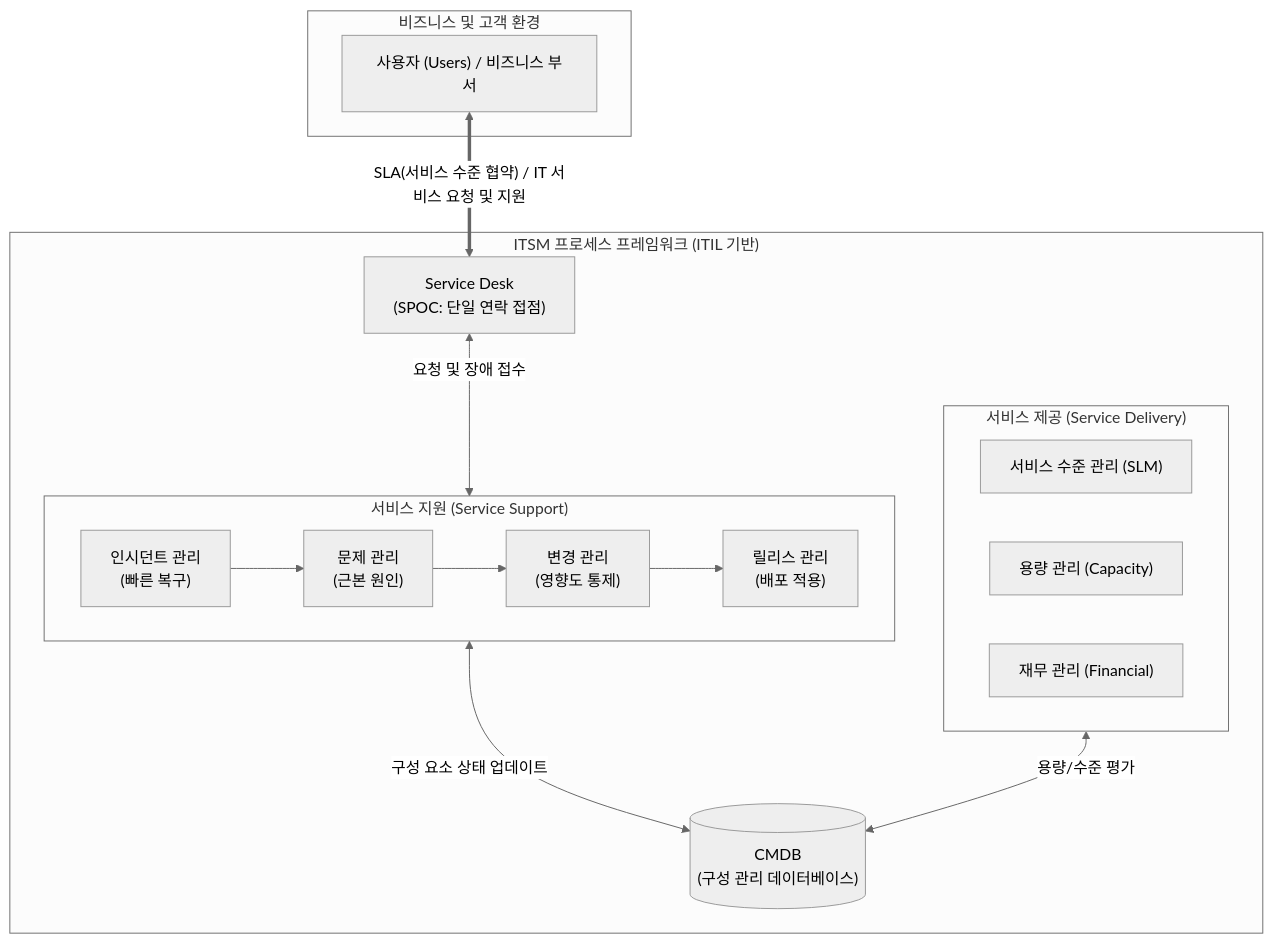
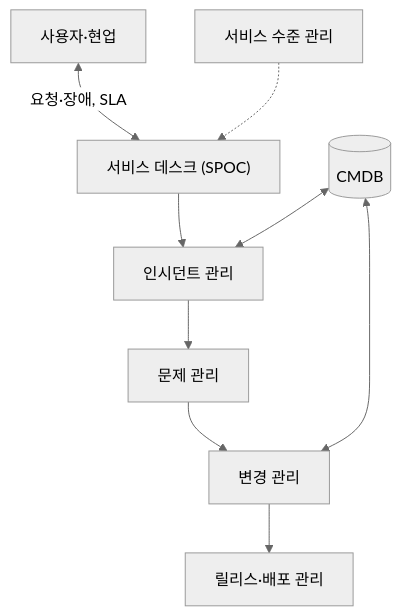
The diagram in content/01_IT Tech/ITSM(Information Technology Service Management).md (supremethumb/supremethumb.github.io), drawn with Mermaid (neutral theme) before and after one commit. The commit also changed other lines of this file and 1087 other files, not shown here.

````diff
--- a/content/01_IT Tech/ITSM(Information Technology Service Management).md
+++ b/content/01_IT Tech/ITSM(Information Technology Service Management).md
@@ -23,33 +35,8 @@
 ```mermaid
 flowchart TB
-    subgraph Business_Customer["비즈니스 및 고객 환경"]
-        USR["사용자 (Users) / 비즈니스 부서"]
-    end
-    
-    subgraph ITSM_Architecture["ITSM 프로세스 프레임워크 (ITIL 기반)"]
-        SD["Service Desk<br/>(SPOC: 단일 연락 접점)"]
-        
-        subgraph Service_Support["서비스 지원 (Service Support)"]
-            direction LR
-            IM["인시던트 관리<br/>(빠른 복구)"] --> PM["문제 관리<br/>(근본 원인)"]
-            PM --> CM["변경 관리<br/>(영향도 통제)"]
-            CM --> RM["릴리스 관리<br/>(배포 적용)"]
-        end
-        
-        subgraph Service_Delivery["서비스 제공 (Service Delivery)"]
-            direction LR
-            SLM["서비스 수준 관리 (SLM)"]
-            CAP["용량 관리 (Capacity)"]
-            FIN["재무 관리 (Financial)"]
-        end
-        
-        CMDB[("CMDB<br/>(구성 관리 데이터베이스)")]
-        
-        SD <-->|요청 및 장애 접수| Service_Support
-        Service_Support <-->|구성 요소 상태 업데이트| CMDB
-        Service_Delivery <-->|용량/수준 평가| CMDB
-    end
-    
-    USR <== "SLA(서비스 수준 협약) / IT 서비스 요청 및 지원" ==> SD
-
+    U["사용자·현업"] <-->|"요청·장애, SLA"| SD["서비스 데스크 (SPOC)"]
+    SD --> IM["인시던트 관리"] --> PM["문제 관리"] --> CM["변경 관리"] --> RM["릴리스·배포 관리"]
+    SLM["서비스 수준 관리"] -.-> SD
+    CMDB[("CMDB")] <--> IM
+    CMDB <--> CM
 ```
````
